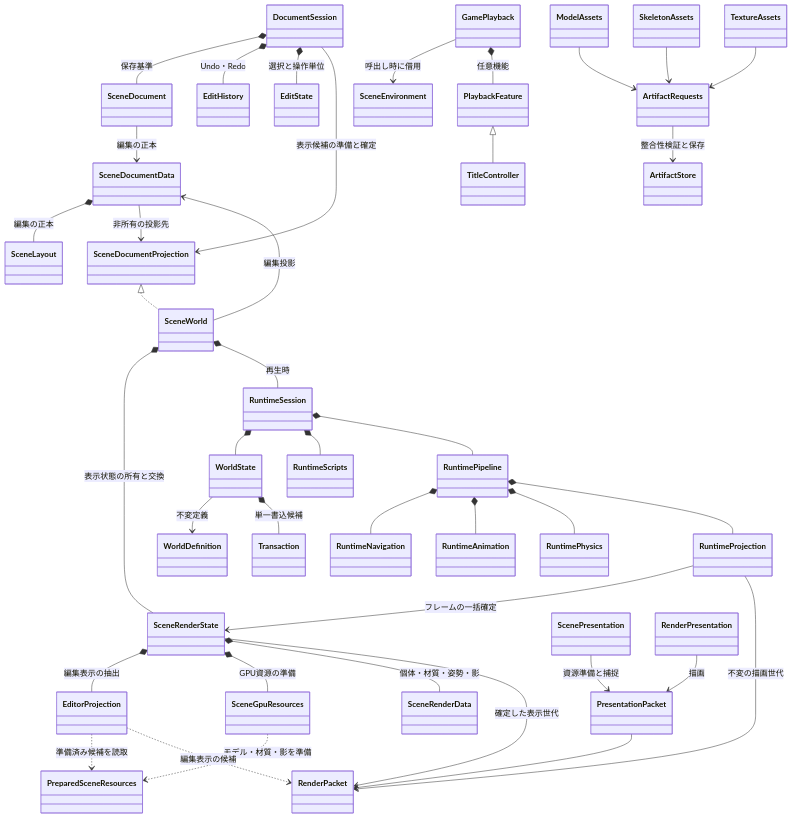
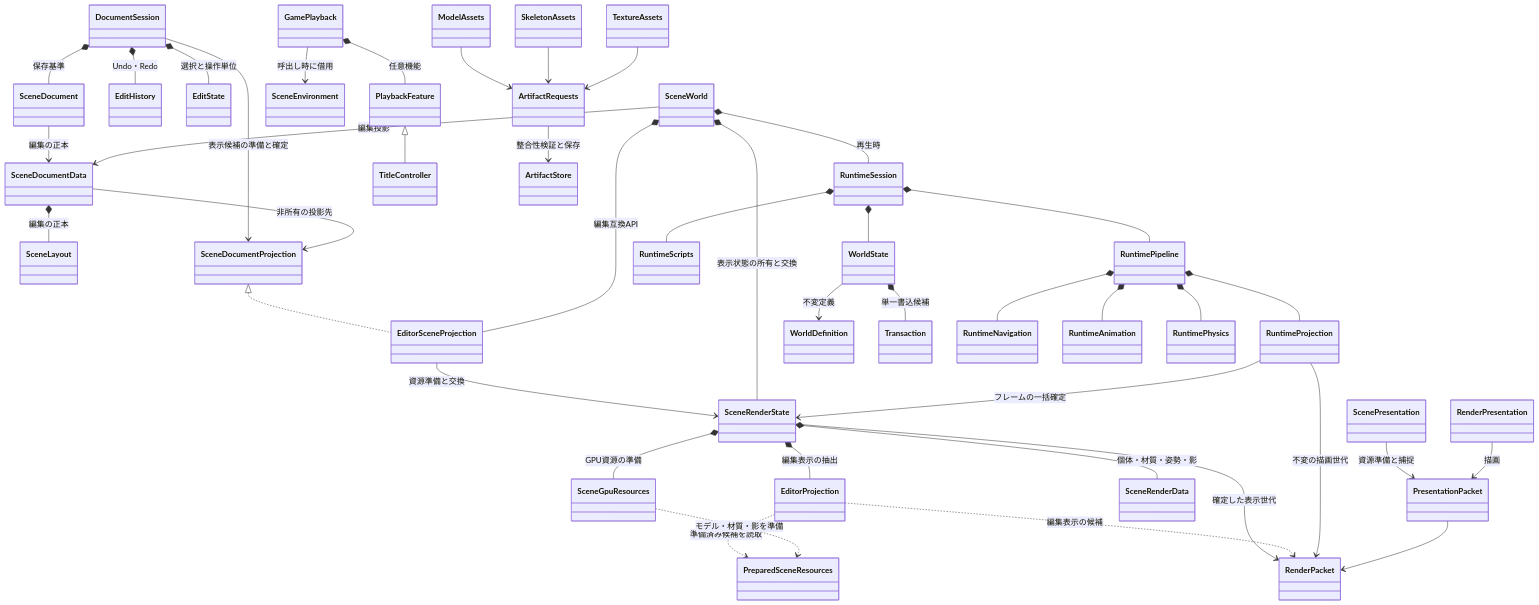
The second of 2 diagrams in docs/EngineArchitecture-2026-10-24.md (Sororo0403/GuruttoWorld), drawn with Mermaid before and after one commit. The commit also changed other lines of this file and 13 other files, not shown here.

````diff
--- a/docs/EngineArchitecture-2026-10-24.md
+++ b/docs/EngineArchitecture-2026-10-24.md
@@ -657,42 +657,44 @@
 ```mermaid
 classDiagram
     SceneDocumentData *-- SceneLayout : 編集の正本
     DocumentSession *-- SceneDocument : 保存基準
     DocumentSession *-- EditHistory : Undo・Redo
     DocumentSession *-- EditState : 選択と操作単位
     SceneDocument --> SceneDocumentData : 編集の正本
     DocumentSession --> SceneDocumentProjection : 表示候補の準備と確定
-    SceneDocumentProjection <|.. SceneWorld
+    SceneDocumentProjection <|.. EditorSceneProjection
+    SceneWorld *-- EditorSceneProjection : 編集互換API
+    EditorSceneProjection --> SceneRenderState : 資源準備と交換
     SceneDocumentData --> SceneDocumentProjection : 非所有の投影先
     SceneWorld --> SceneDocumentData : 編集投影
     SceneWorld *-- SceneRenderState : 表示状態の所有と交換
     SceneRenderState *-- EditorProjection : 編集表示の抽出
     SceneRenderState *-- SceneGpuResources : GPU資源の準備
     SceneRenderState *-- SceneRenderData : 個体・材質・姿勢・影
     SceneRenderState --> RenderPacket : 確定した表示世代
     RuntimeProjection --> SceneRenderState : フレームの一括確定
     EditorProjection ..> PreparedSceneResources : 準備済み候補を読取
     SceneGpuResources ..> PreparedSceneResources : モデル・材質・影を準備
     EditorProjection ..> RenderPacket : 編集表示の候補
     SceneWorld *-- RuntimeSession : 再生時
     RuntimeSession *-- WorldState
     WorldState --> WorldDefinition : 不変定義
     WorldState *-- Transaction : 単一書込候補
     RuntimeSession *-- RuntimeScripts
     RuntimeSession *-- RuntimePipeline
     RuntimePipeline *-- RuntimeNavigation
     RuntimePipeline *-- RuntimeAnimation
     RuntimePipeline *-- RuntimePhysics
     RuntimePipeline *-- RuntimeProjection
     RuntimeProjection --> RenderPacket : 不変の描画世代
     ScenePresentation --> PresentationPacket : 資源準備と捕捉
     PresentationPacket --> RenderPacket
     RenderPresentation --> PresentationPacket : 描画
     GamePlayback --> SceneEnvironment : 呼出し時に借用
     GamePlayback *-- PlaybackFeature : 任意機能
     PlaybackFeature <|-- TitleController
     ArtifactRequests --> ArtifactStore : 整合性検証と保存
     ModelAssets --> ArtifactRequests
     SkeletonAssets --> ArtifactRequests
     TextureAssets --> ArtifactRequests
 ```
````
